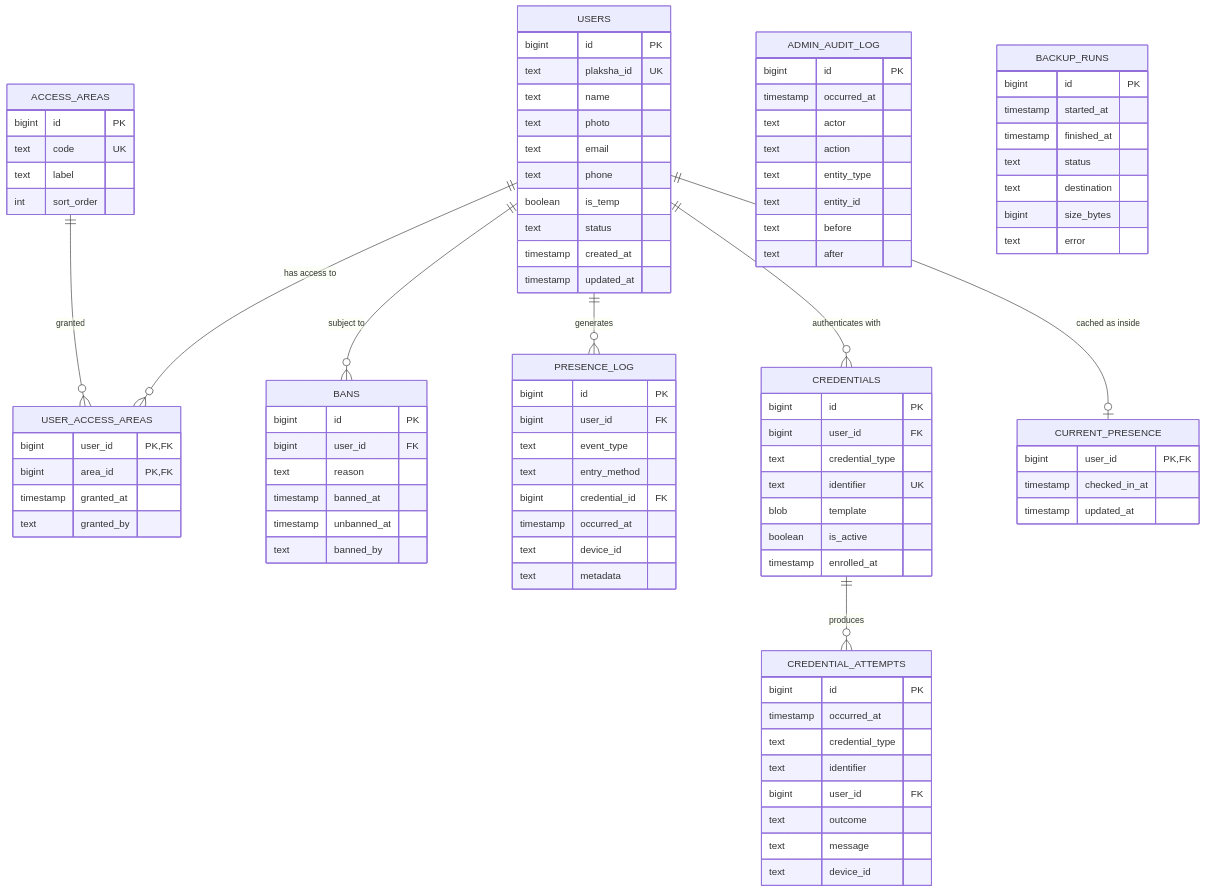
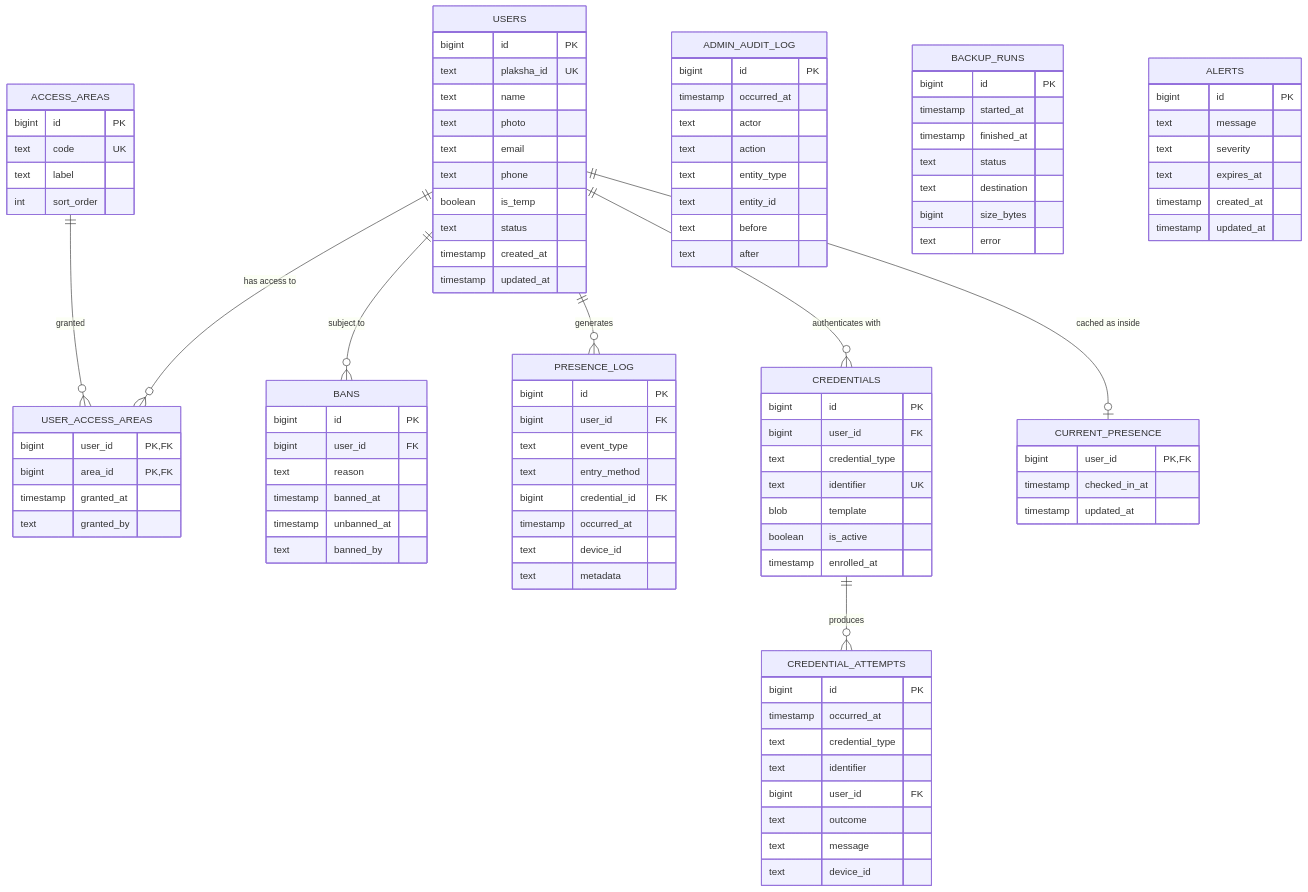
The diagram in docs/DATABASE.md (grohan47/labauth), drawn with Mermaid before and after one commit. The commit also changed other lines of this file and 13 other files, not shown here.

```diff
--- a/docs/DATABASE.md
+++ b/docs/DATABASE.md
@@ -100,6 +100,14 @@
         bigint size_bytes
         text error
     }
+    ALERTS {
+        bigint id PK
+        text message
+        text severity
+        text expires_at
+        timestamp created_at
+        timestamp updated_at
+    }
     CURRENT_PRESENCE {
         bigint user_id PK,FK
         timestamp checked_in_at
```
